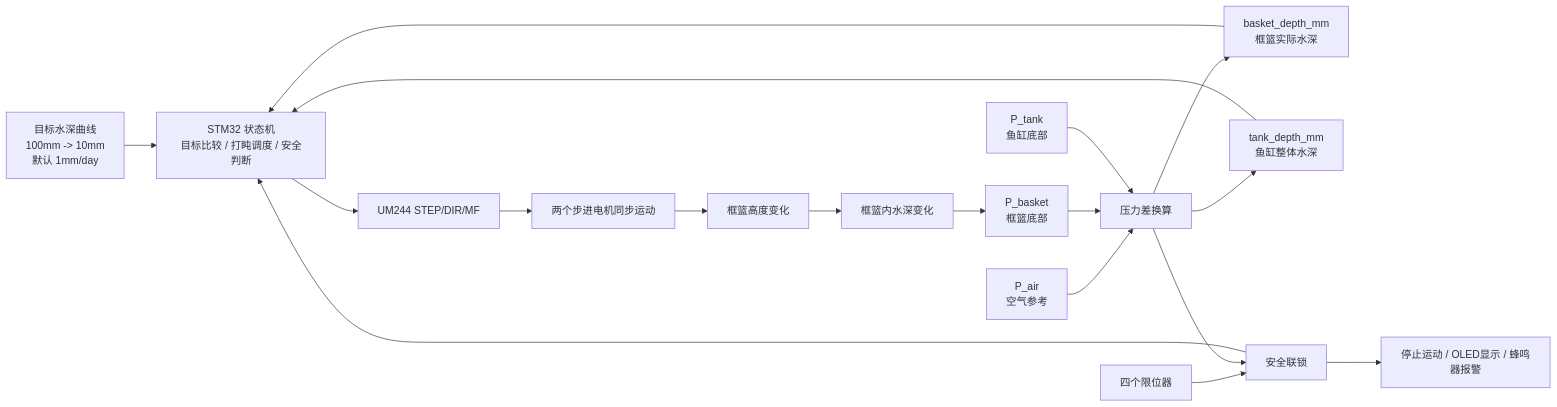
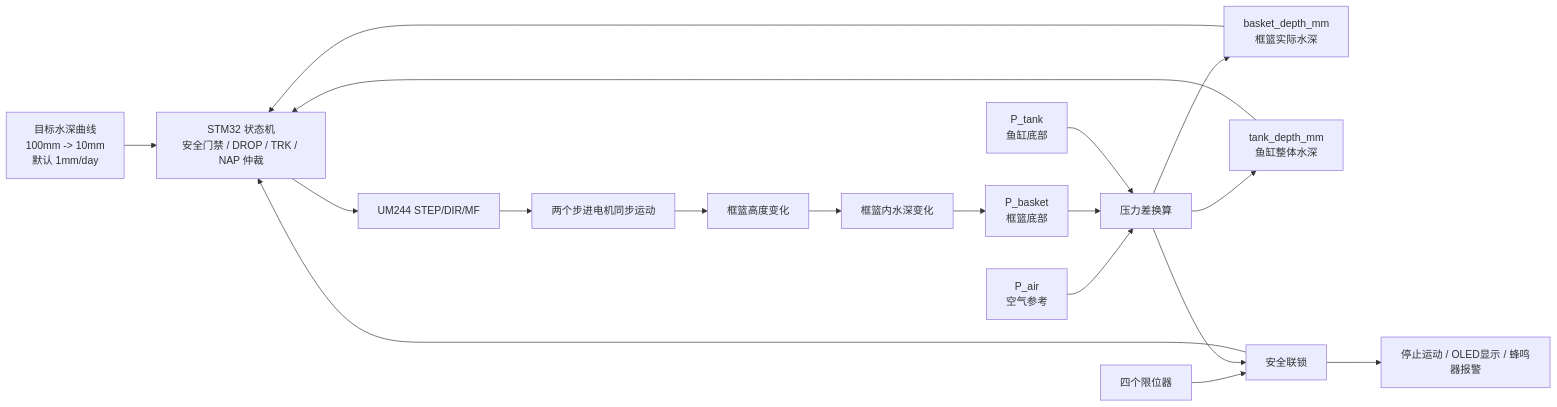
Before and after one commit to ukpkmkk02B-hk/Automatic-lifting: the first of 2 diagrams in presentation-outline.md, drawn with Mermaid. The commit also changed other lines of this file and 1 other file, not shown here.

````diff
--- a/presentation-outline.md
+++ b/presentation-outline.md
@@ -26,25 +26,25 @@
 ```mermaid
 flowchart LR
-    A["目标水深曲线<br/>100mm -> 10mm<br/>默认 1mm/day"] --> B["STM32 状态机<br/>目标比较 / 打盹调度 / 安全判断"]
+    A["目标水深曲线<br/>100mm -> 10mm<br/>默认 1mm/day"] --> B["STM32 状态机<br/>安全门禁 / DROP / TRK / NAP 仲裁"]
 
     P1["P_air<br/>空气参考"] --> C["压力差换算"]
     P2["P_basket<br/>框篮底部"] --> C
     P3["P_tank<br/>鱼缸底部"] --> C
 
     C --> D["basket_depth_mm<br/>框篮实际水深"]
     C --> E["tank_depth_mm<br/>鱼缸整体水深"]
 
     D --> B
     E --> B
 
     B --> F["UM244 STEP/DIR/MF"]
     F --> G["两个步进电机同步运动"]
     G --> H["框篮高度变化"]
     H --> I["框篮内水深变化"]
     I --> P2
 
     L["四个限位器"] --> S["安全联锁"]
     C --> S
     S --> B
     S --> Z["停止运动 / OLED显示 / 蜂鸣器报警"]
 ```
````
